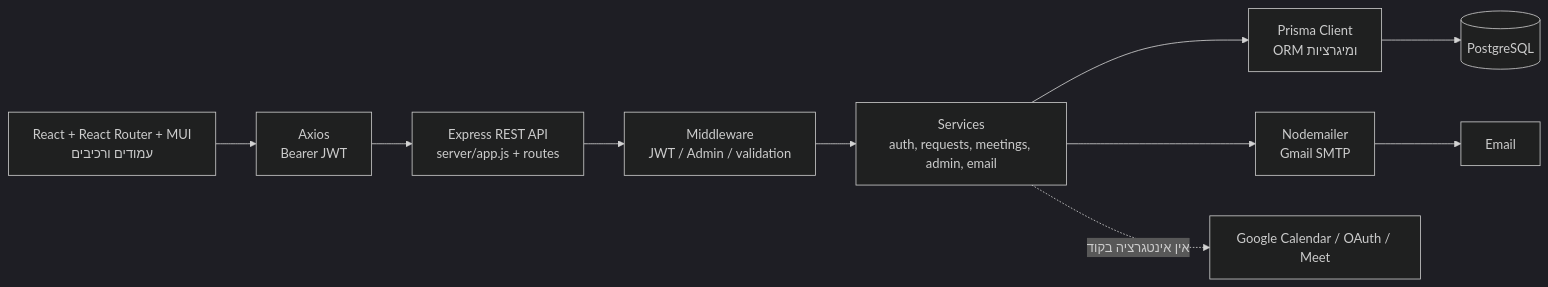
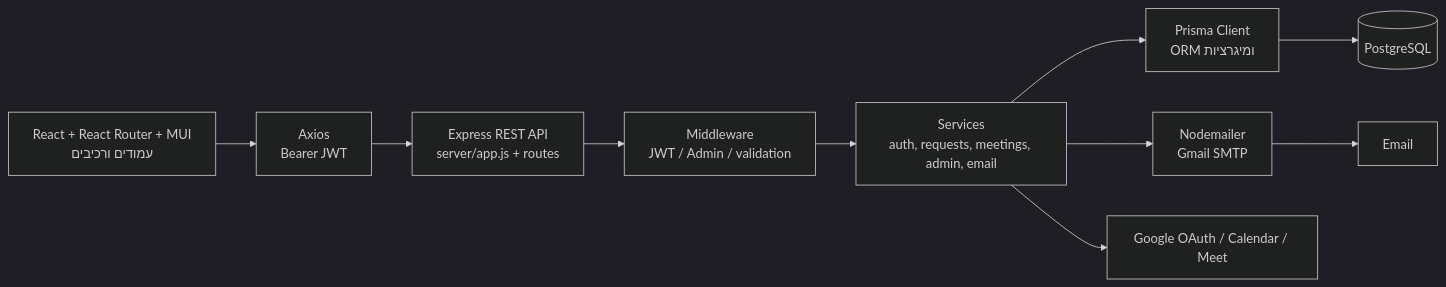
Before and after one commit to SimchaBarShalom/QueenB-template-2025: the first of 6 diagrams in docs/project-presentation-guide.md, drawn with Mermaid (dark theme). The commit also changed other lines of this file and 11 other files, not shown here.

````diff
--- a/docs/project-presentation-guide.md
+++ b/docs/project-presentation-guide.md
@@ -68,12 +68,12 @@
 ```mermaid
 flowchart LR
   UI["React + React Router + MUI<br/>עמודים ורכיבים"] --> AX["Axios<br/>Bearer JWT"]
   AX --> API["Express REST API<br/>server/app.js + routes"]
   API --> MW["Middleware<br/>JWT / Admin / validation"]
   MW --> S["Services<br/>auth, requests, meetings, admin, email"]
   S --> P["Prisma Client<br/>ORM ומיגרציות"]
   P --> PG[(PostgreSQL)]
   S --> SMTP[Nodemailer\nGmail SMTP]
   SMTP --> MAIL[Email]
-  S -. אין אינטגרציה בקוד .-> GC[Google Calendar / OAuth / Meet]
+  S --> GC[Google OAuth / Calendar / Meet]
 ```
````
